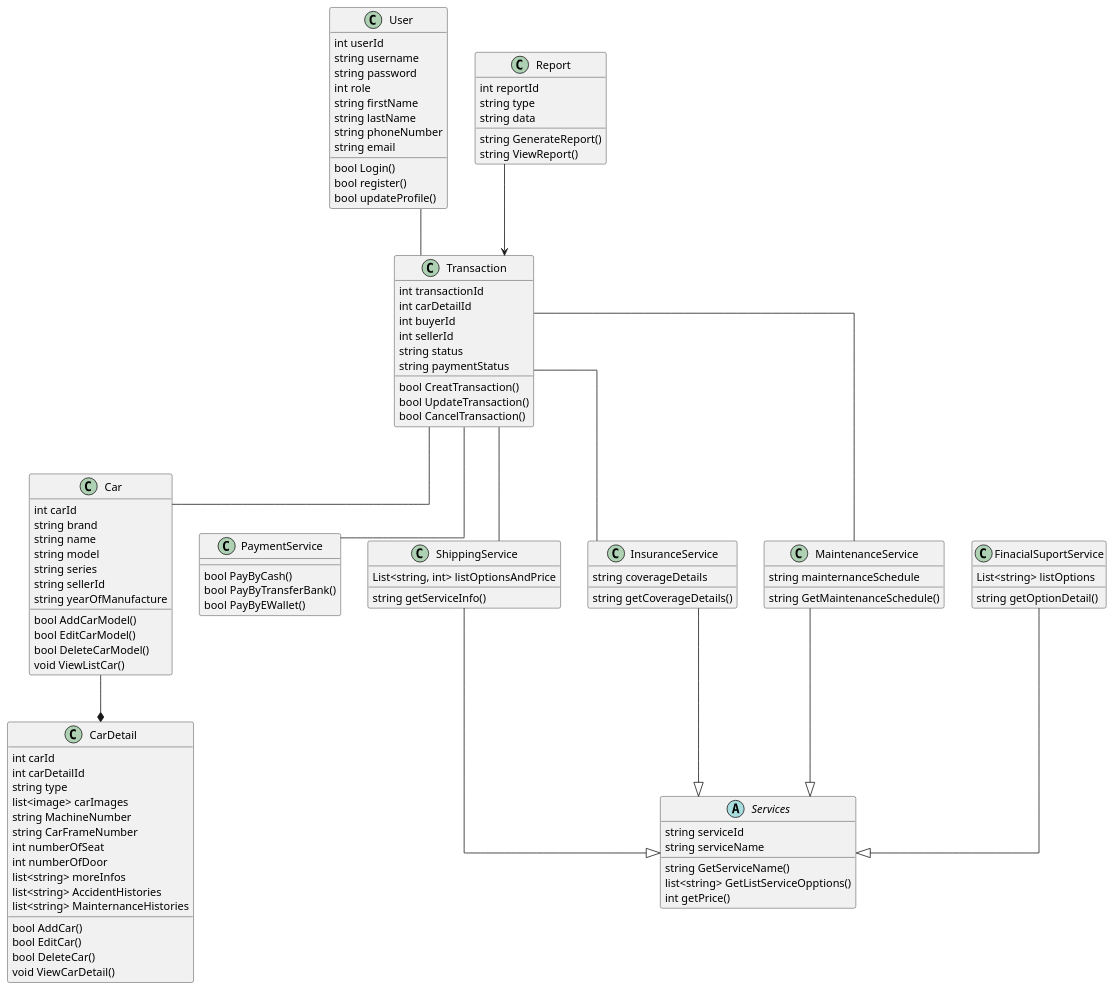
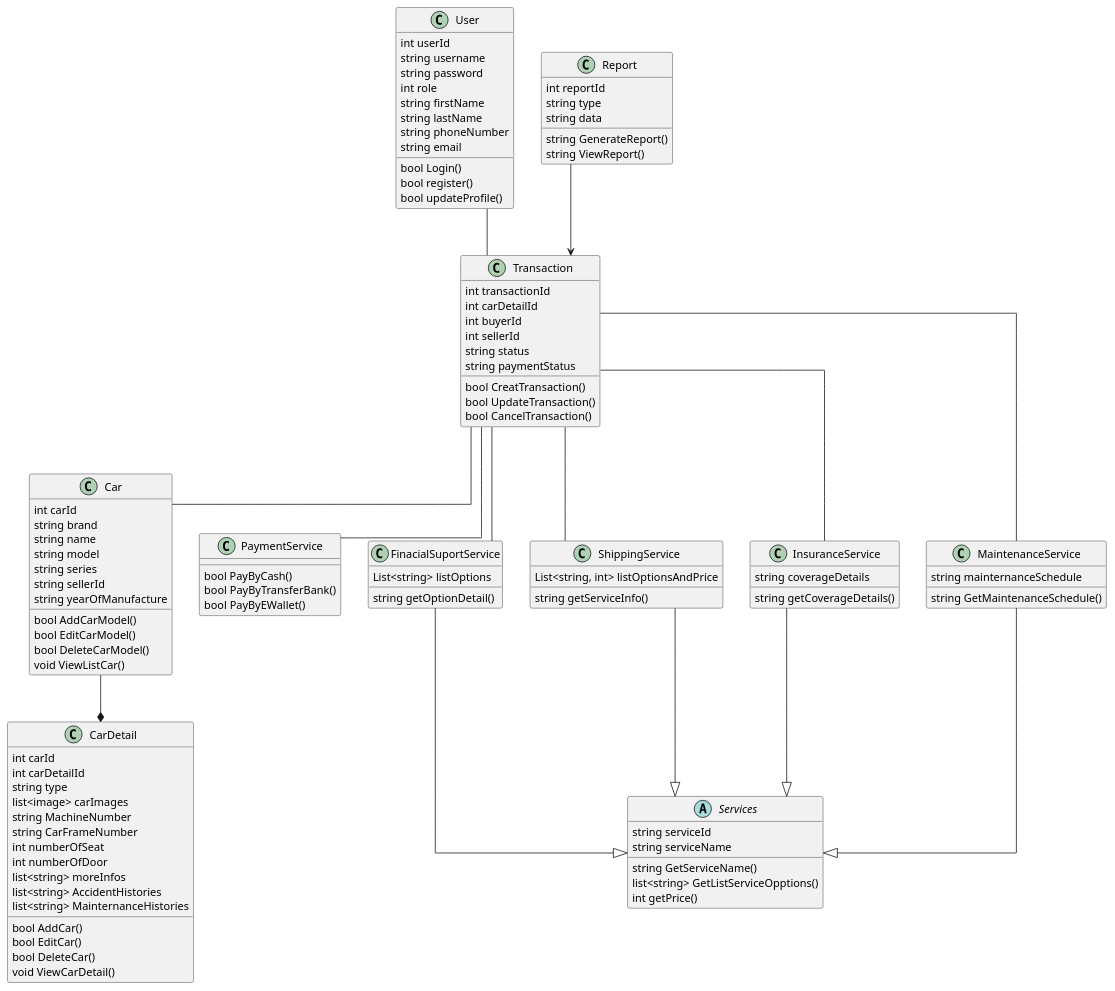
Before and after one commit to phutuctran/SE357-Pratice-class: the diagram in Lab1/Lab1.2 ClassDiagram.plantuml, drawn with PlantUML. The commit also changed 21 other files, not shown here.

Commit message:
Finish all use cases and update activity diagram (part 1)

```diff
--- a/Lab1/Lab1.2 ClassDiagram.plantuml
+++ b/Lab1/Lab1.2 ClassDiagram.plantuml
@@ -1,123 +1,124 @@
 @startuml
 'left to right direction
 skinparam linetype ortho
 
 class User{
     int userId
     string username
     string password
     int role 
     string firstName 
     string lastName 
     string phoneNumber
     string email
     bool Login() 
     bool register() 
     bool updateProfile()
 }
 
 class Car{
     int carId 
     string brand 
     string name
     string model 
     string series 
     string sellerId 
     string yearOfManufacture
     bool AddCarModel()
     bool EditCarModel()
     bool DeleteCarModel()
     void ViewListCar()
 }
 
 class CarDetail{
     int carId
     int carDetailId
     string type 
     'new car/ old car
     list<image> carImages
     string MachineNumber
     string CarFrameNumber
     int numberOfSeat
     int numberOfDoor
     list<string> moreInfos
     list<string> AccidentHistories
     list<string> MainternanceHistories
     bool AddCar()
     bool EditCar()
     bool DeleteCar()
     void ViewCarDetail()
 }
 
 class Transaction{
     int transactionId 
     int carDetailId 
     int buyerId 
     int sellerId 
     string status 
     string paymentStatus 
     bool CreatTransaction()
     bool UpdateTransaction()
     bool CancelTransaction()
 }
 
 abstract class Services{
     string serviceId
     string serviceName 
     string GetServiceName()
     list<string> GetListServiceOpptions()
     int getPrice()
 }
 
 class PaymentService{
     bool PayByCash()
     bool PayByTransferBank()
     bool PayByEWallet()
 }
 
 class FinacialSuportService{
     List<string> listOptions
     string getOptionDetail()
 }
 
 class ShippingService{
     List<string, int> listOptionsAndPrice
     string getServiceInfo()
 }
 
 class InsuranceService{
     string coverageDetails
     string getCoverageDetails()
 }
 
 class MaintenanceService{
     string mainternanceSchedule
     string GetMaintenanceSchedule()
 }
 
 class Report{
     int reportId 
     string type
     string data
     string GenerateReport()
     string ViewReport()
 }
 
 'Inheritance Relationships
 MaintenanceService --|> Services
 ShippingService --|> Services
 InsuranceService --|> Services
 FinacialSuportService --|> Services
 
 User -- Transaction
 Transaction -- Car
 Transaction -- ShippingService
 Transaction -- InsuranceService
 Transaction -- MaintenanceService
 Transaction -- PaymentService
+Transaction -- FinacialSuportService
 Report --> Transaction
 
 'Composition Relationship
 Car --* CarDetail
 
 @enduml
```
